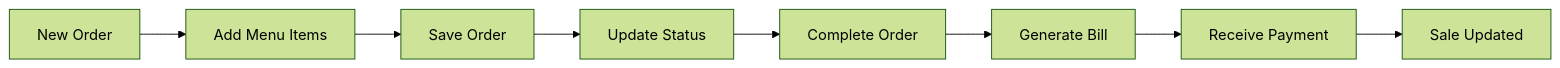
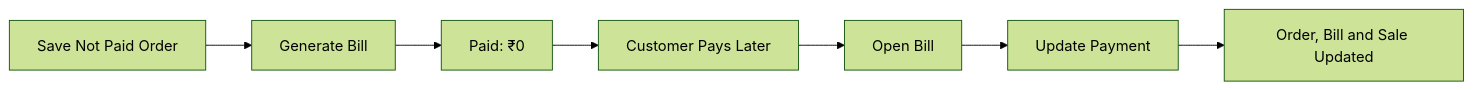
The seventh of 10 diagrams in docs/RESTAURANT_OWNER_GUIDE.md (mohanmaali-dev/Hotel-Anmol-ONE-Frontent), drawn with Mermaid (forest theme) before and after one commit. The commit also changed other lines of this file and 27 other files, not shown here.

````diff
--- a/docs/RESTAURANT_OWNER_GUIDE.md
+++ b/docs/RESTAURANT_OWNER_GUIDE.md
@@ -191,10 +310,9 @@
 ```mermaid
 flowchart LR
-    A[New Order] --> B[Add Menu Items]
-    B --> C[Save Order]
-    C --> D[Update Status]
-    D --> E[Complete Order]
-    E --> F[Generate Bill]
-    F --> G[Receive Payment]
-    G --> H[Sale Updated]
+    A[Save Not Paid Order] --> B[Generate Bill]
+    B --> C[Paid: ₹0]
+    C --> D[Customer Pays Later]
+    D --> E[Open Bill]
+    E --> F[Update Payment]
+    F --> G[Order, Bill and Sale Updated]
 ```
````
